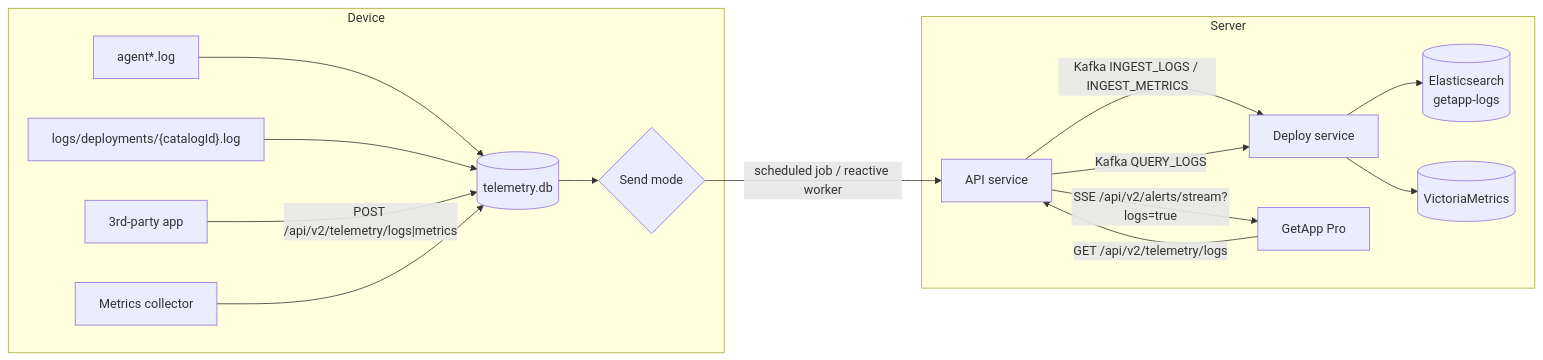
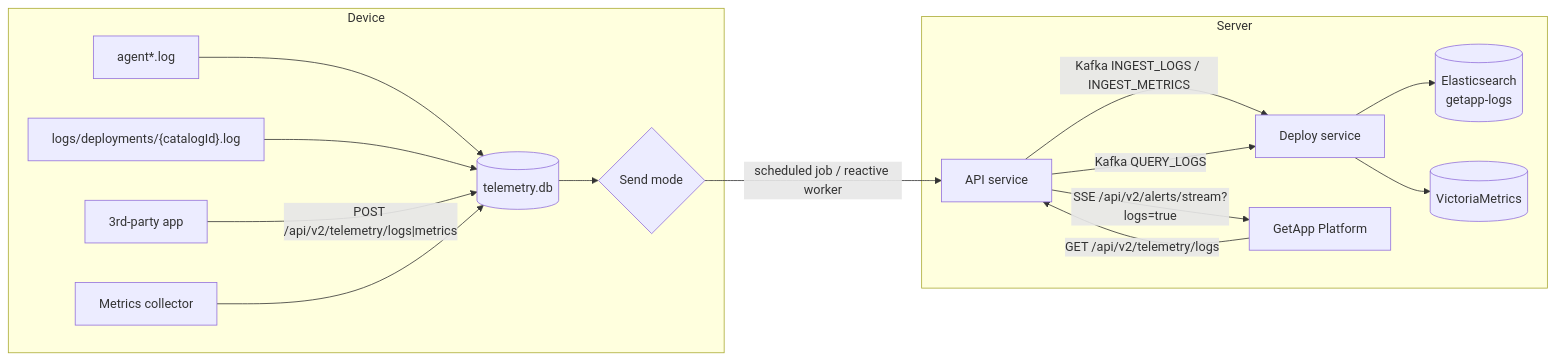
One commit to getappsh/docs changed the first of 2 diagrams in docs/root/technician/agent/observability/telemetry.md. Above: the diagram before and after it, drawn with Mermaid. The commit also changed other lines of this file and 5 other files, not shown here.

Commit message:
docs: rename GetApp Pro to GetApp Platform; drop legacy dashboard GitOps section

````diff
--- a/docs/root/technician/agent/observability/telemetry.md
+++ b/docs/root/technician/agent/observability/telemetry.md
@@ -29,19 +29,19 @@
 ```mermaid
 flowchart LR
     subgraph Device
         A[agent*.log] --> C
         D["logs/deployments/{catalogId}.log"] --> C
         T[3rd-party app] -- "POST /api/v2/telemetry/logs|metrics" --> C
         M[Metrics collector] --> C
         C[(telemetry.db)] --> S{Send mode}
     end
     S -- "scheduled job / reactive worker" --> API
     subgraph Server
         API[API service] -- Kafka INGEST_LOGS / INGEST_METRICS --> DEP[Deploy service]
         DEP --> ES[(Elasticsearch<br/>getapp-logs)]
         DEP --> VM[(VictoriaMetrics)]
-        API -- "SSE /api/v2/alerts/stream?logs=true" --> UI[GetApp Pro]
+        API -- "SSE /api/v2/alerts/stream?logs=true" --> UI[GetApp Platform]
         UI -- "GET /api/v2/telemetry/logs" --> API
         API -- Kafka QUERY_LOGS --> DEP
     end
 ```
````
